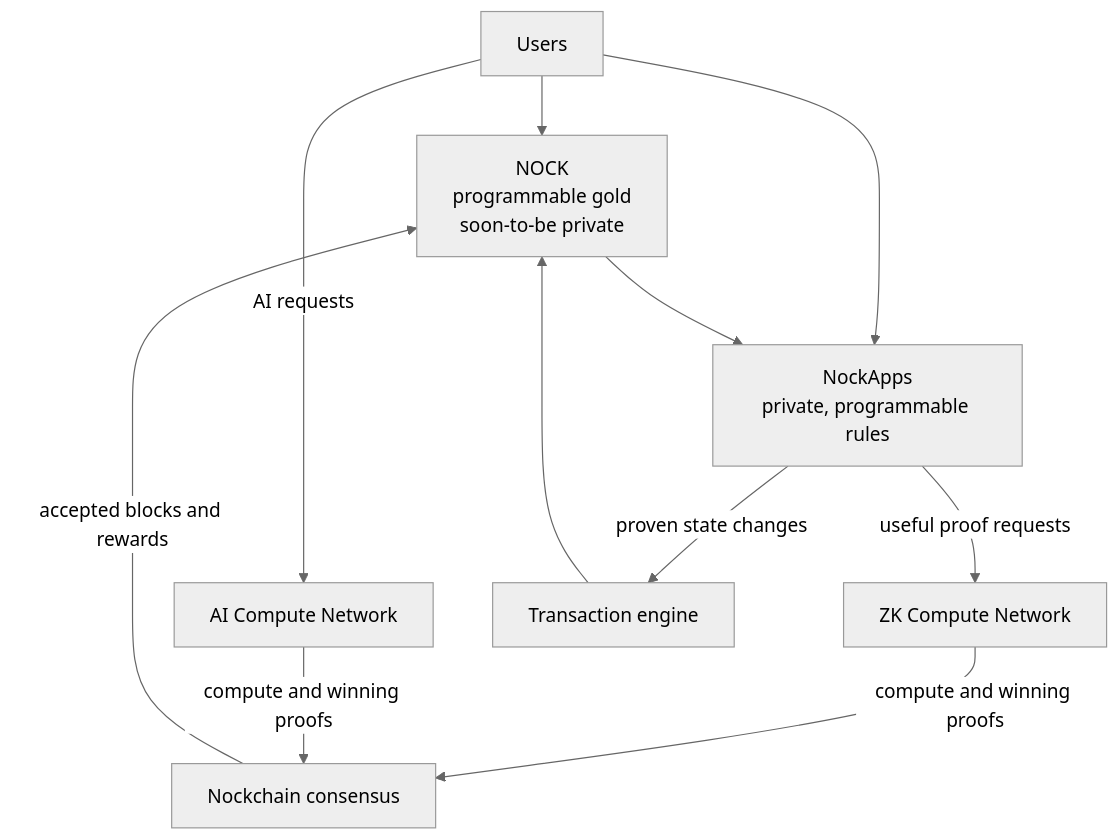
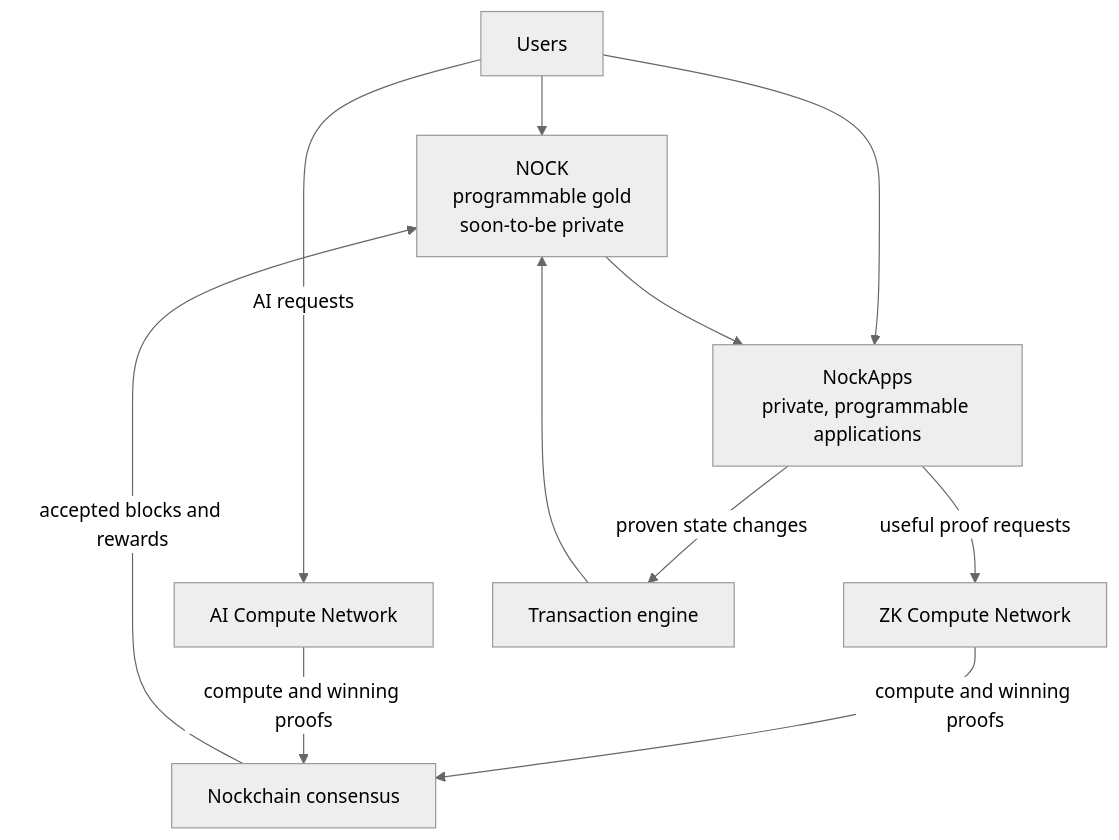
Before and after one commit to nockchain/nockchain: the diagram in nockchain-eli5.md, drawn with Mermaid (neutral theme). The commit also changed other lines of this file and 1 other file, not shown here.

First line of the commit message:
Describe NockApps as applications

````diff
--- a/nockchain-eli5.md
+++ b/nockchain-eli5.md
@@ -92,15 +92,15 @@
 ```mermaid
 flowchart TB
   U["Users"] --> M["NOCK<br/>programmable gold<br/>soon-to-be private"]
-  U --> A["NockApps<br/>private, programmable rules"]
+  U --> A["NockApps<br/>private, programmable applications"]
   M --> A
 
   A -->|"useful proof requests"| ZK["ZK Compute Network"]
   U -->|"AI requests"| AI["AI Compute Network"]
 
   ZK -->|"compute and winning proofs"| C["Nockchain consensus"]
   AI -->|"compute and winning proofs"| C
   C -->|"accepted blocks and rewards"| M
   A -->|"proven state changes"| T["Transaction engine"]
   T --> M
 ```
````
